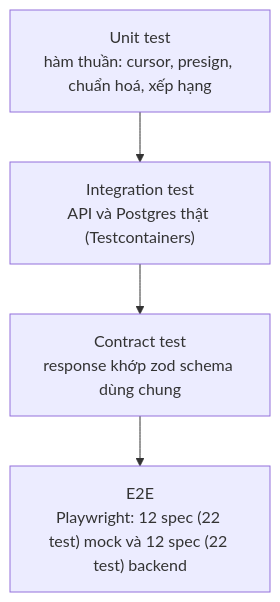
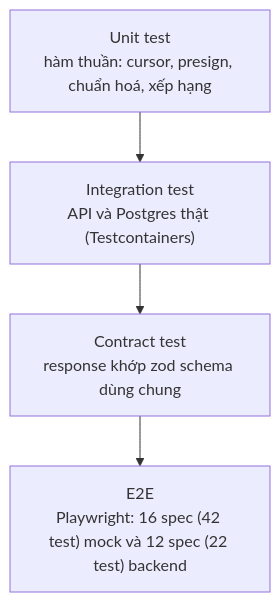
Before and after one commit to longqt321/Rendez-PBL6: diagram 14 of 14 in docs/bao-cao/BAO-CAO-DO-AN.md, drawn with Mermaid. The commit also changed other lines of this file and 8 other files, not shown here.

````diff
--- a/docs/bao-cao/BAO-CAO-DO-AN.md
+++ b/docs/bao-cao/BAO-CAO-DO-AN.md
@@ -785,8 +847,8 @@
 ```mermaid
 flowchart TB
   U["Unit test<br/>hàm thuần: cursor, presign, chuẩn hoá, xếp hạng"]
   I["Integration test<br/>API và Postgres thật (Testcontainers)"]
   C["Contract test<br/>response khớp zod schema dùng chung"]
-  E["E2E<br/>Playwright: 12 spec (22 test) mock và 12 spec (22 test) backend"]
+  E["E2E<br/>Playwright: 16 spec (42 test) mock và 12 spec (22 test) backend"]
   U --> I --> C --> E
 ```
````
